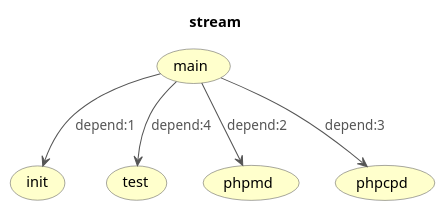
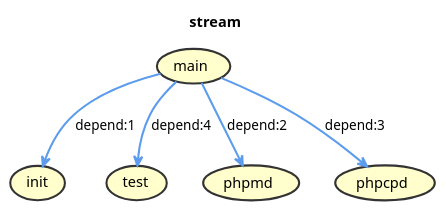
Before and after one commit to jawira/phing-visualizer: the diagram in resources/puml/gist-mapserver2007.puml, drawn with PlantUML. The commit also changed 19 other files, not shown here.

```diff
--- a/resources/puml/gist-mapserver2007.puml
+++ b/resources/puml/gist-mapserver2007.puml
@@ -1,28 +1,23 @@
 @startuml
 
 title stream
-hide stereotype
-skinparam Arrow {
-Color #555555
-FontColor #555555
-}
-skinparam UseCase {
-BackgroundColor #FFFFCC
-BorderColor #555555
-}
+skinparam ArrowFontColor Black
+skinparam ArrowThickness 2
+skinparam UseCaseBackgroundColor #FFFECC
+skinparam UseCaseBorderColor #333333
+skinparam UseCaseBorderThickness 2
+skinparam UseCaseFontColor Black
 
-skinparam UseCase {
-BackgroundColor<< stream >> #FFFFCC
-}
-(main)<< stream >>
-(init)<< stream >>
-(test)<< stream >>
-(phpmd)<< stream >>
-(phpcpd)<< stream >>
+(main)
+(init)
+(test)
+(phpmd)
+(phpcpd)
 
 
-(main) --> (init) : depend:1
-(main) --> (phpmd) : depend:2
-(main) --> (phpcpd) : depend:3
-(main) --> (test) : depend:4
+(main) -[#5D9CEC]-> (init) : depend:1
+(main) -[#5D9CEC]-> (phpmd) : depend:2
+(main) -[#5D9CEC]-> (phpcpd) : depend:3
+(main) -[#5D9CEC]-> (test) : depend:4
+
 @enduml
```
